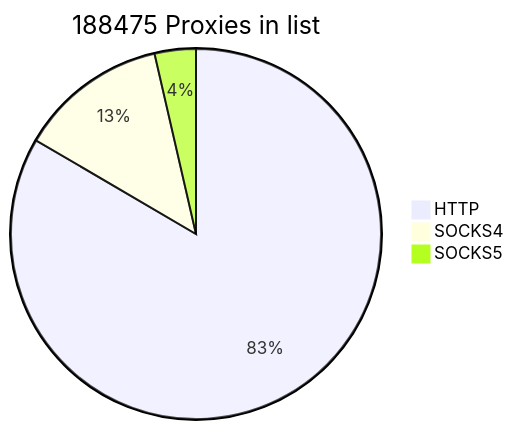
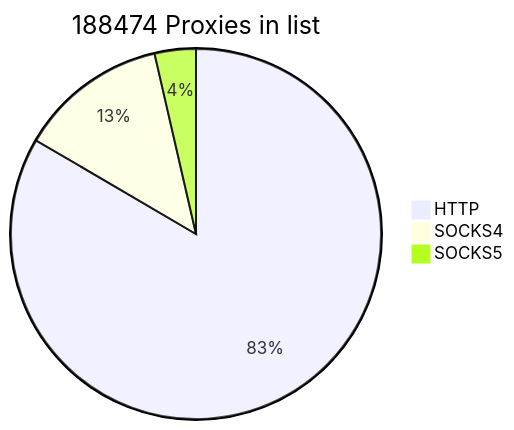
One commit to cutipu/proxylist changed the first of 2 diagrams in README.md. Above: the diagram before and after it, drawn with Mermaid. The commit also changed other lines of this file, not shown here.

````diff
--- a/README.md
+++ b/README.md
@@ -2,7 +2,7 @@
 ```mermaid
-pie title 188475 Proxies in list
-    "HTTP" : 157239
-    "SOCKS4" : 24456
-    "SOCKS5" : 6780
+pie title 188474 Proxies in list
+    "HTTP" : 157238
+    "SOCKS4" : 24455
+    "SOCKS5" : 6781
             
 ```
````
